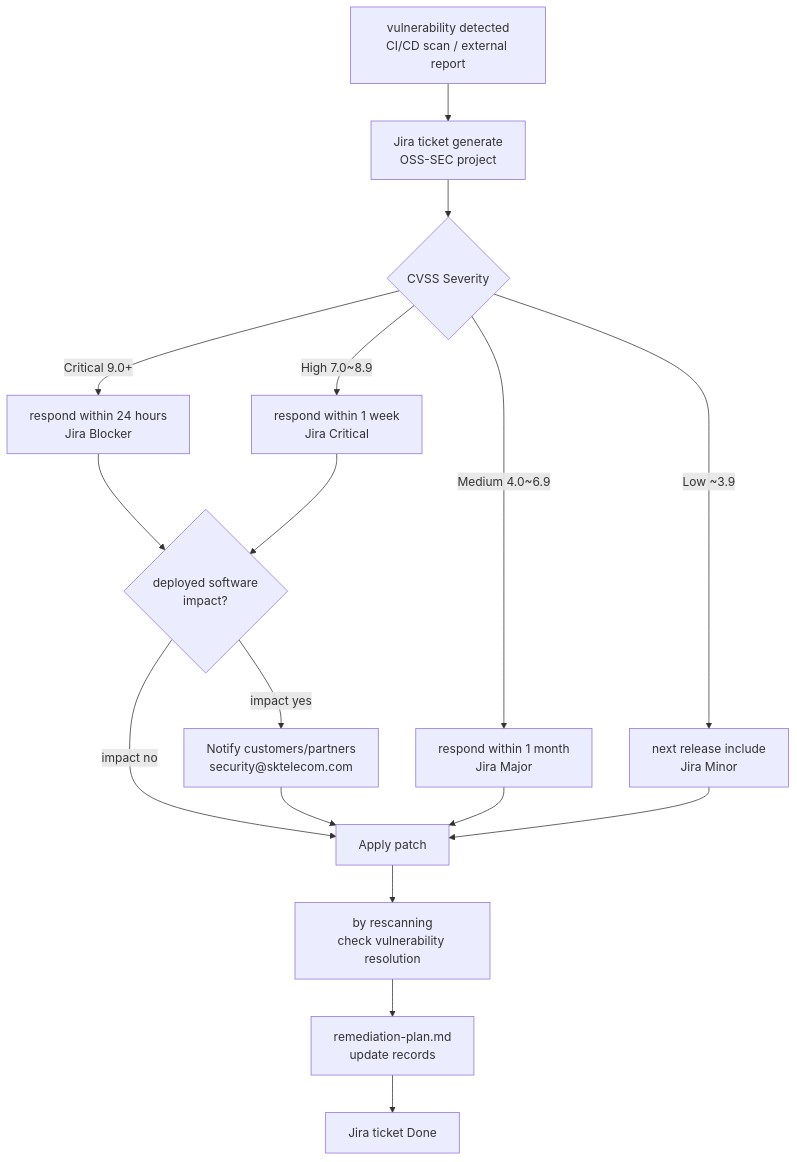
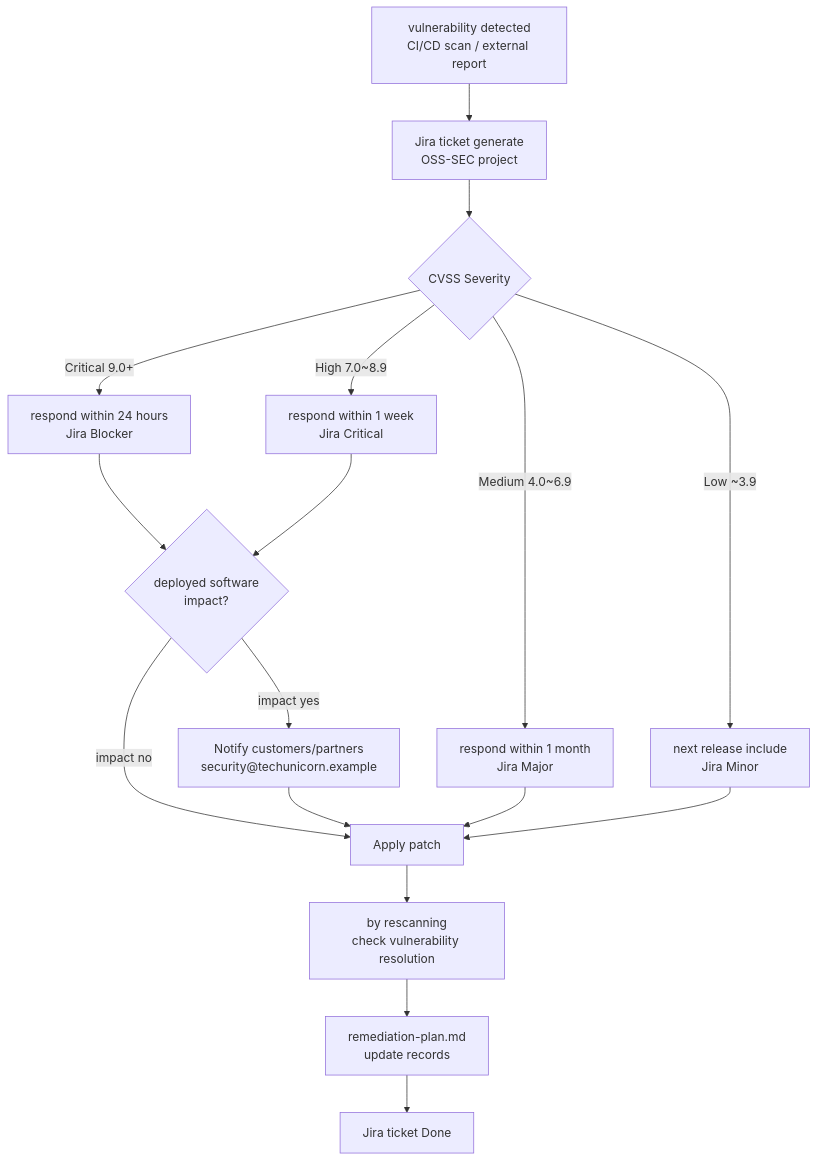
The third of 4 diagrams in website/i18n/en/docusaurus-plugin-content-docs-reference/current/samples/process.md (trustedoss/trustedoss.github.io), drawn with Mermaid before and after one commit. The commit also changed other lines of this file and 18 other files, not shown here.

````diff
--- a/website/i18n/en/docusaurus-plugin-content-docs-reference/current/samples/process.md
+++ b/website/i18n/en/docusaurus-plugin-content-docs-reference/current/samples/process.md
@@ -601,19 +601,19 @@
 ```mermaid
 graph TD
     A[vulnerability detected\nCI/CD scan / external report] --> B[Jira ticket generate\nOSS-SEC project]
     B --> C{CVSS Severity}
     C -->|Critical 9.0+| D[respond within 24 hours\nJira Blocker]
     C -->|High 7.0~8.9| E[respond within 1 week\nJira Critical]
     C -->|Medium 4.0~6.9| F[respond within 1 month\nJira Major]
     C -->|Low ~3.9| G[next release include\nJira Minor]
     D --> H{deployed software\nimpact?}
     E --> H
-    H -->|impact yes| I[Notify customers/partners\nsecurity@sktelecom.com]
+    H -->|impact yes| I[Notify customers/partners\nsecurity@techunicorn.example]
     H -->|impact no| J[Apply patch]
     I --> J
     F --> J
     G --> J
     J --> K[by rescanning\ncheck vulnerability resolution]
     K --> L[remediation-plan.md\nupdate records]
     L --> M[Jira ticket Done]
 ```
````
